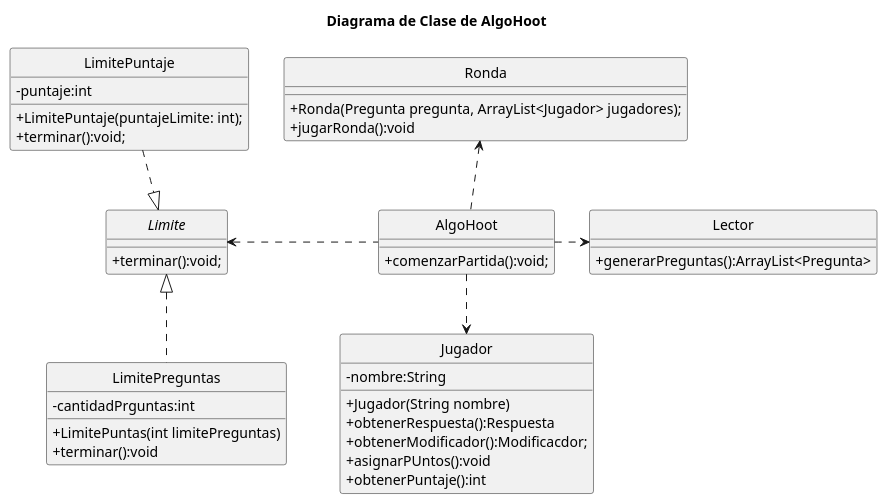
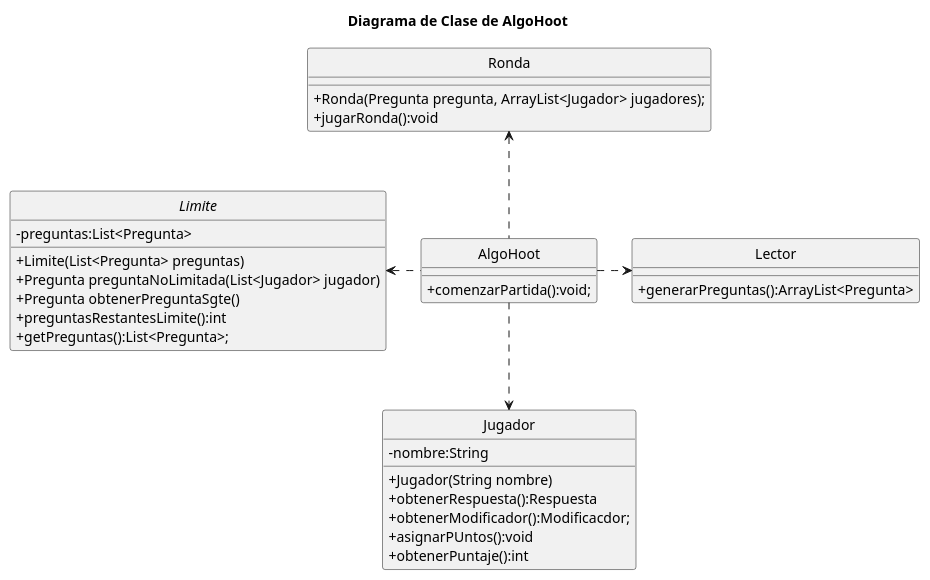
Before and after one commit to gimnasialp/algo3_proyecto_base_tp2: the diagram in diagrams/classes/entrega2/diagramaClaseAlgoHoot.puml, drawn with PlantUML. The commit also changed 1 other file, not shown here.

Commit message:
subo el diagrama de limite

```diff
--- a/diagrams/classes/entrega2/diagramaClaseAlgoHoot.puml
+++ b/diagrams/classes/entrega2/diagramaClaseAlgoHoot.puml
@@ -1,46 +1,43 @@
 @startuml
 'https://plantuml.com/class-diagram
 
 title Diagrama de Clase de AlgoHoot
 skinparam monochrome true
 hide circle
 skinparam classAttributeIconSize 0
 class AlgoHoot{
     +comenzarPartida():void;
 }
-interface Limite{
-    +terminar():void;
+abstract class Limite{
+    -preguntas:List<Pregunta>
+    +Limite(List<Pregunta> preguntas)
+    +Pregunta preguntaNoLimitada(List<Jugador> jugador)
+    +Pregunta obtenerPreguntaSgte()
+    +preguntasRestantesLimite():int
+    +getPreguntas():List<Pregunta>;
 }
-class LimitePuntaje{
-    -puntaje:int
-    +LimitePuntaje(puntajeLimite: int);
-    +terminar():void;
-}
-class LimitePreguntas{
-    -cantidadPrguntas:int
-    +LimitePuntas(int limitePreguntas)
-    +terminar():void
-}
+
+
 class Lector{
     +generarPreguntas():ArrayList<Pregunta>
 }
 class Jugador{
     -nombre:String
     +Jugador(String nombre)
     +obtenerRespuesta():Respuesta
     +obtenerModificador():Modificacdor;
     +asignarPUntos():void
     +obtenerPuntaje():int
 
 }
 class Ronda{
     +Ronda(Pregunta pregunta, ArrayList<Jugador> jugadores);
     +jugarRonda():void
 }
-Limite <|.up. LimitePuntaje
-Limite <|.. LimitePreguntas
+
+
 AlgoHoot .left.> Limite
 AlgoHoot ..> Jugador
 AlgoHoot .right.> Lector
 AlgoHoot .up.> Ronda
 @enduml
```
